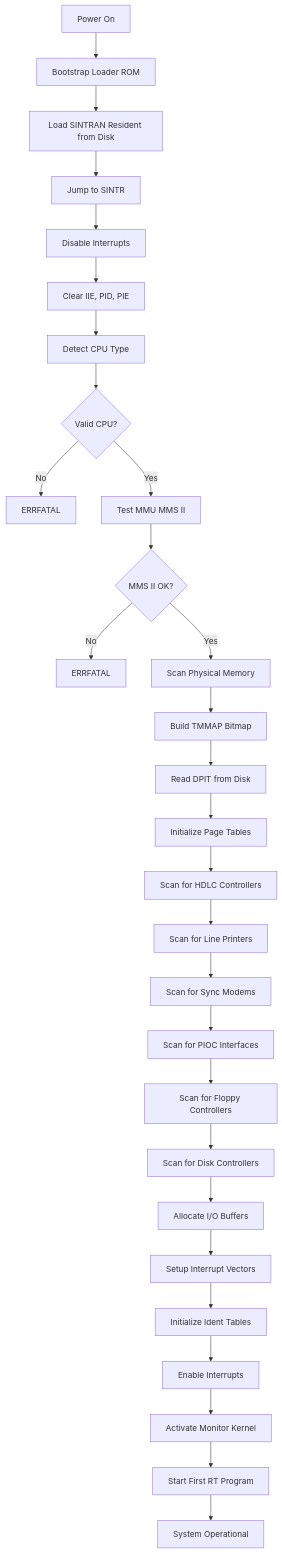
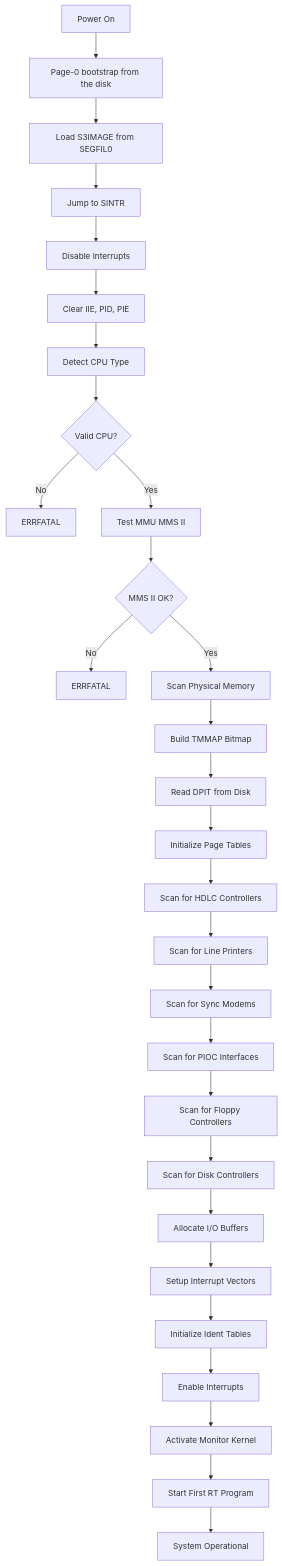
Before and after one commit to RetroCoreLabs/NDInsight: the fourth of 6 diagrams in SINTRAN/OS/01-BOOT-SEQUENCE.md, drawn with Mermaid. The commit also changed other lines of this file and 7 other files, not shown here.

````diff
--- a/SINTRAN/OS/01-BOOT-SEQUENCE.md
+++ b/SINTRAN/OS/01-BOOT-SEQUENCE.md
@@ -947,37 +934,37 @@
 ```mermaid
 flowchart TD
-    A[Power On] --> B[Bootstrap Loader ROM]
-    B --> C[Load SINTRAN Resident from Disk]
+    A[Power On] --> B[Page-0 bootstrap from the disk]
+    B --> C[Load S3IMAGE from SEGFIL0]
     C --> D[Jump to SINTR]
     
     D --> E[Disable Interrupts]
     E --> F[Clear IIE, PID, PIE]
     F --> G[Detect CPU Type]
     G --> H{Valid CPU?}
     H -->|No| FATAL1[ERRFATAL]
     H -->|Yes| I[Test MMU MMS II]
     
     I --> J{MMS II OK?}
     J -->|No| FATAL2[ERRFATAL]
     J -->|Yes| K[Scan Physical Memory]
     
     K --> L[Build TMMAP Bitmap]
     L --> M[Read DPIT from Disk]
     M --> N[Initialize Page Tables]
     
     N --> O[Scan for HDLC Controllers]
     O --> P[Scan for Line Printers]
     P --> Q[Scan for Sync Modems]
     Q --> R[Scan for PIOC Interfaces]
     R --> S[Scan for Floppy Controllers]
     S --> T[Scan for Disk Controllers]
     
     T --> U[Allocate I/O Buffers]
     U --> V[Setup Interrupt Vectors]
     V --> W[Initialize Ident Tables]
     W --> X[Enable Interrupts]
     
     X --> Y[Activate Monitor Kernel]
     Y --> Z[Start First RT Program]
     Z --> AA[System Operational]
 ```
````
